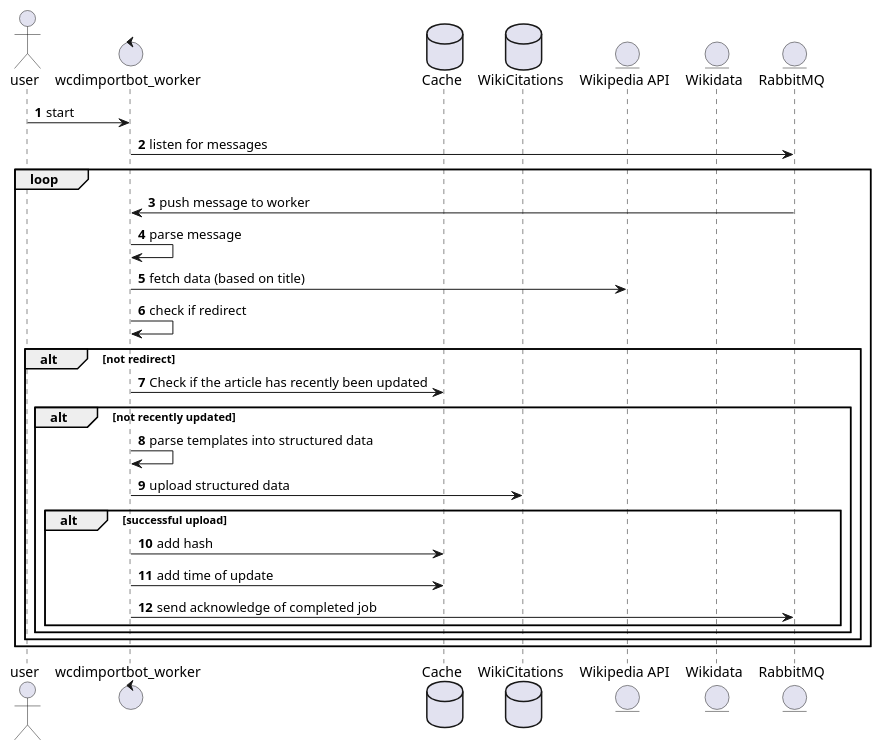
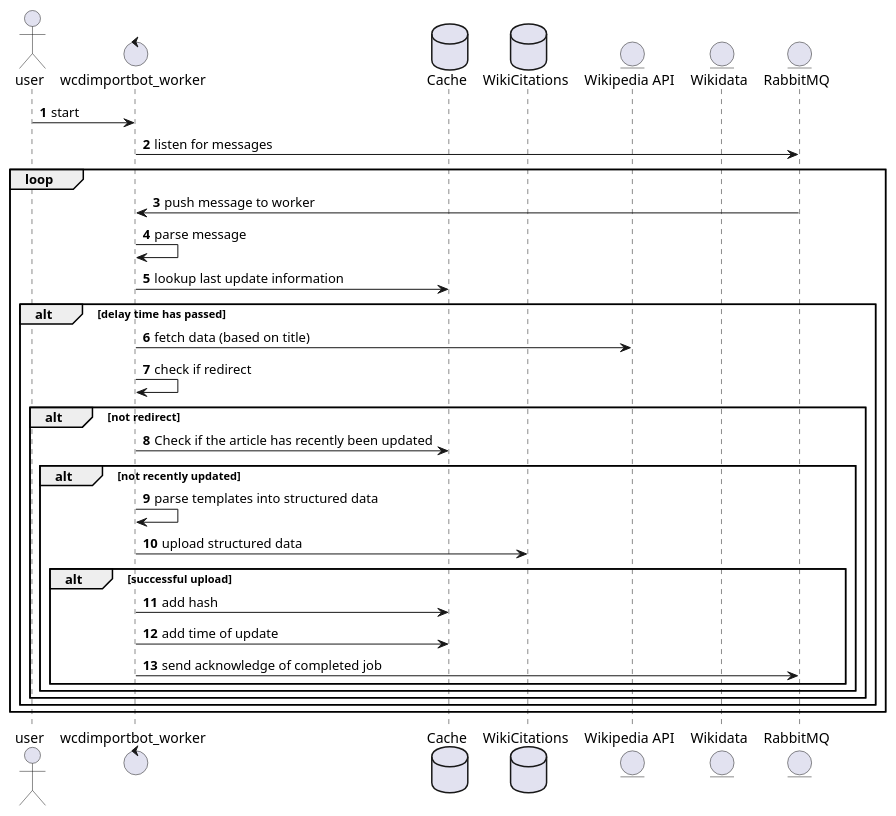
The diagram in diagrams/worker_sequence.puml (internetarchive/iari), drawn with PlantUML before and after one commit.

Commit message:
worker_sequence.puml: Add cache lookup and last update check

```diff
--- a/diagrams/worker_sequence.puml
+++ b/diagrams/worker_sequence.puml
@@ -1,33 +1,36 @@
 @startuml
 'https://plantuml.com/sequence-diagram
 
 autonumber
 actor user
 control wcdimportbot_worker
 database Cache as cache
 database WikiCitations as wikicitations
 entity "Wikipedia API" as wikipediaapi
 entity Wikidata
 entity RabbitMQ as rabbitmq
 
 user -> wcdimportbot_worker :start
 wcdimportbot_worker -> rabbitmq : listen for messages
 loop
 rabbitmq -> wcdimportbot_worker : push message to worker
 wcdimportbot_worker -> wcdimportbot_worker : parse message
-wcdimportbot_worker -> wikipediaapi : fetch data (based on title)
-    wcdimportbot_worker -> wcdimportbot_worker : check if redirect
-    alt not redirect
-        wcdimportbot_worker -> cache : Check if the article has recently been updated
-        alt not recently updated
-            wcdimportbot_worker -> wcdimportbot_worker : parse templates into structured data
-            wcdimportbot_worker -> wikicitations : upload structured data
-            alt successful upload
-                wcdimportbot_worker -> cache : add hash
-                wcdimportbot_worker -> cache : add time of update
-                wcdimportbot_worker -> rabbitmq : send acknowledge of completed job
+wcdimportbot_worker -> cache : lookup last update information
+alt delay time has passed
+    wcdimportbot_worker -> wikipediaapi : fetch data (based on title)
+        wcdimportbot_worker -> wcdimportbot_worker : check if redirect
+        alt not redirect
+            wcdimportbot_worker -> cache : Check if the article has recently been updated
+            alt not recently updated
+                wcdimportbot_worker -> wcdimportbot_worker : parse templates into structured data
+                wcdimportbot_worker -> wikicitations : upload structured data
+                alt successful upload
+                    wcdimportbot_worker -> cache : add hash
+                    wcdimportbot_worker -> cache : add time of update
+                    wcdimportbot_worker -> rabbitmq : send acknowledge of completed job
+                end
             end
         end
     end
 end
 @enduml
```
